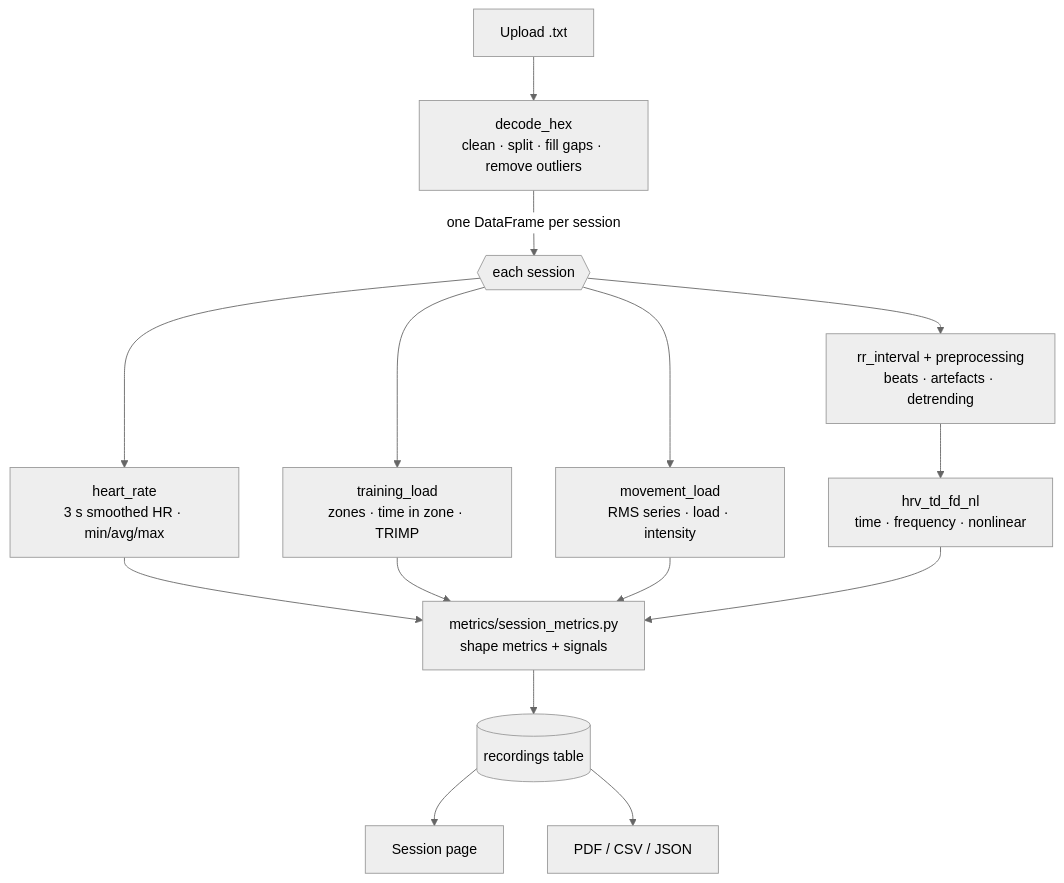
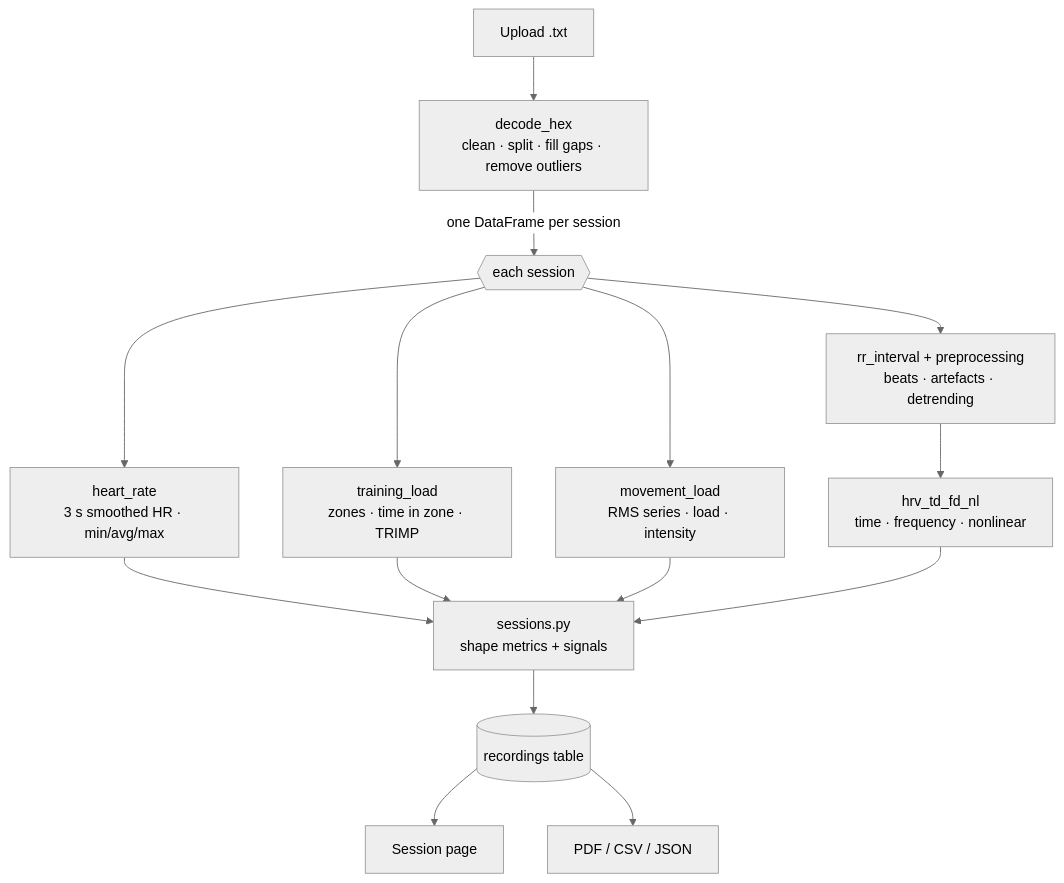
One commit to Sivaneshakumar27/netribeat changed the diagram in docs/processing.md. Above: the diagram before and after it, drawn with Mermaid (neutral theme). The commit also changed other lines of this file and 11 other files, not shown here.

````diff
--- a/docs/processing.md
+++ b/docs/processing.md
@@ -12,13 +12,13 @@
 ```mermaid
 flowchart TD
     U[Upload .txt] --> D["decode_hex<br/>clean · split · fill gaps · remove outliers"]
     D -->|one DataFrame per session| S{{each session}}
     S --> HR[heart_rate<br/>3 s smoothed HR · min/avg/max]
     S --> TL[training_load<br/>zones · time in zone · TRIMP]
     S --> ML[movement_load<br/>RMS series · load · intensity]
     S --> RR[rr_interval + preprocessing<br/>beats · artefacts · detrending]
     RR --> HRV[hrv_td_fd_nl<br/>time · frequency · nonlinear]
-    HR & TL & ML & HRV --> P[metrics/session_metrics.py<br/>shape metrics + signals]
+    HR & TL & ML & HRV --> P[sessions.py<br/>shape metrics + signals]
     P --> DB[(recordings table)]
     DB --> UI[Session page] & R[PDF / CSV / JSON]
 ```
````
